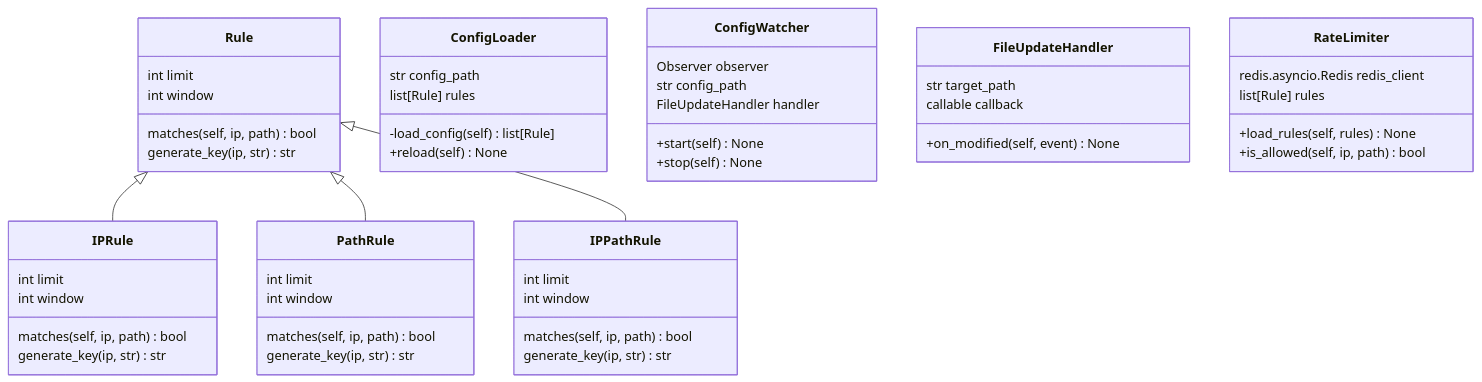
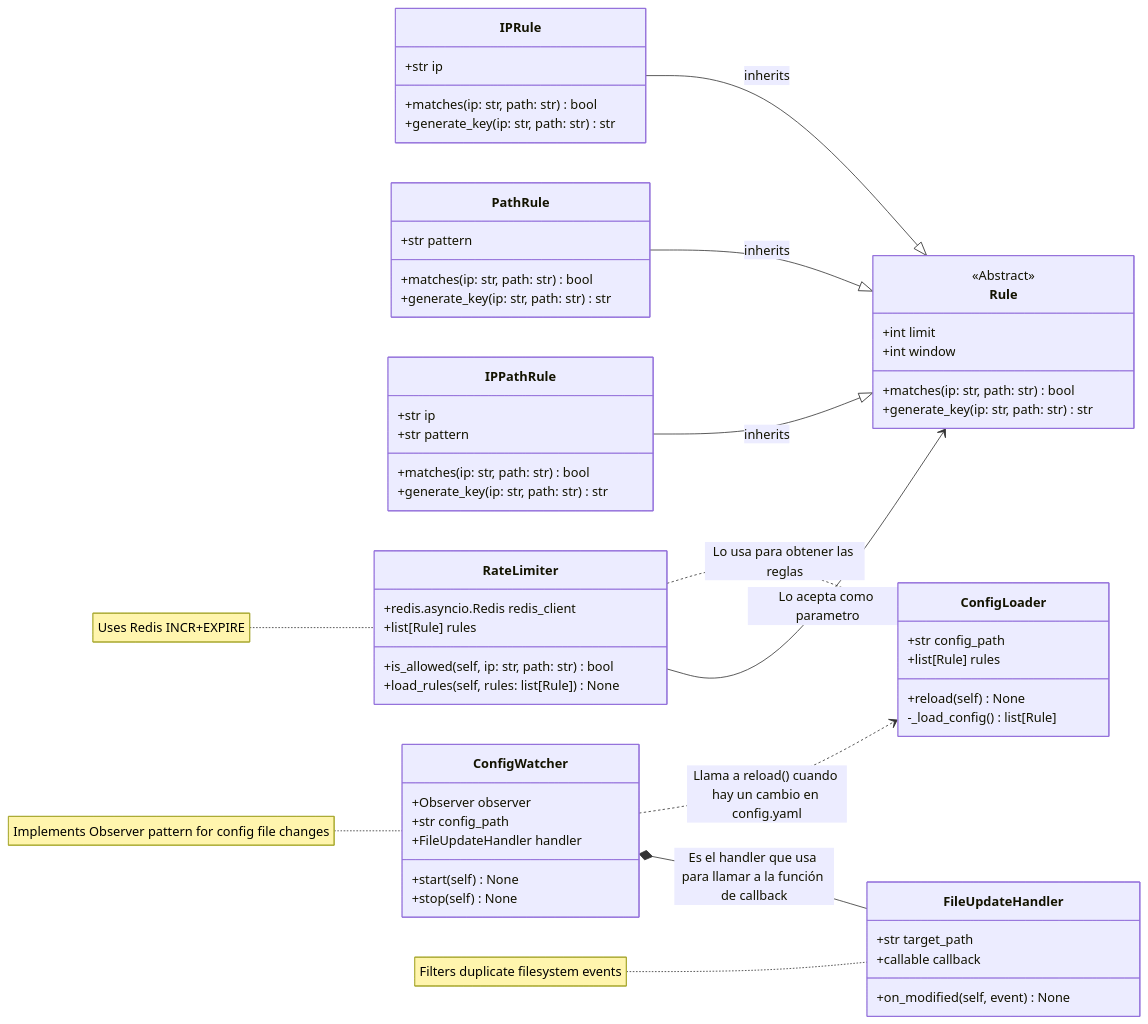
The first of 4 diagrams in README.md (KrappRamiro/meli-proxy), drawn with Mermaid before and after one commit. The commit also changed other lines of this file and 2 other files, not shown here.

Commit message:
improve diagrams

````diff
--- a/README.md
+++ b/README.md
@@ -110,64 +108,95 @@
 ```mermaid
 classDiagram
+    direction LR
 
-class Rule {
-  int limit
-  int window
-  matches(self, ip, path) bool
-  generate_key(ip, str) str
-}
+    class Rule {
+        <<Abstract>>
+        +int limit
+        +int window
+        +matches(ip: str, path: str) bool
+        +generate_key(ip: str, path: str) str
+    }
 
-Rule <|-- IPRule
-Rule <|-- PathRule
-Rule <|-- IPPathRule
+    class IPRule {
+        +str ip
+        +matches(ip: str, path: str) bool
+        +generate_key(ip: str, path: str) str
+    }
 
-class IPRule {
-  int limit
-  int window
-  matches(self, ip, path) bool
-  generate_key(ip, str) str
-}
+    class PathRule {
+        +str pattern
+        +matches(ip: str, path: str) bool
+        +generate_key(ip: str, path: str) str
+    }
 
-class PathRule {
-  int limit
-  int window
-  matches(self, ip, path) bool
-  generate_key(ip, str) str
-}
+    class IPPathRule {
+        +str ip
+        +str pattern
+        +matches(ip: str, path: str) bool
+        +generate_key(ip: str, path: str) str
+    }
 
-class IPPathRule {
-  int limit
-  int window
-  matches(self, ip, path) bool
-  generate_key(ip, str) str
-}
+    class ConfigLoader {
+        +str config_path
+        +list[Rule] rules
+        +reload(self) None
+        -_load_config() list[Rule]
+    }
 
-class ConfigLoader {
-  str config_path
-  list[Rule] rules
-  -load_config(self) list[Rule]
-  +reload(self) None
-}
+    class ConfigWatcher {
+        +Observer observer
+        +str config_path
+        +FileUpdateHandler handler
+        +start(self) None
+        +stop(self) None
+    }
 
-class ConfigWatcher {
-  Observer observer
-  str config_path
-  FileUpdateHandler handler
-  +start(self) None
-  +stop(self) None
-}
+    class FileUpdateHandler {
+        +str target_path
+        +callable callback
+        +on_modified(self, event) None
+    }
 
-class FileUpdateHandler {
-  str target_path
-  callable callback
-  +on_modified(self, event) None
-}
+    class RateLimiter {
+        +redis.asyncio.Redis redis_client
+        +list[Rule] rules
+        +is_allowed(self, ip: str, path: str) bool
+        +load_rules(self, rules: list[Rule]) None
+    }
 
-class RateLimiter {
-  redis.asyncio.Redis redis_client
-  list[Rule] rules
-  +load_rules(self, rules) None
-  +is_allowed(self, ip, path) bool
-}
+    %% B --|> A means "B inherits from A"
+    IPRule --|> Rule: inherits
+    PathRule --|> Rule: inherits
+    IPPathRule --|> Rule: inherits
 
+    %% *-- means Composition
+    %% Composition implies that the parent (ConfigWatcher) owns the child (FileUpdateHandler),
+    %% and the child can't exist without the parent
+    ConfigWatcher *-- FileUpdateHandler: Es el handler que usa para llamar a la función de callback
+
+    %% === Associations ===
+    %% --> means Association
+    %% based on https://stackoverflow.com/a/1230901/15965186
+    %% An association almost always implies that one object has the other object as a field/property/attribute (terminology differs).
+    %% Association: A has-a C object (as a member variable)
+
+    RateLimiter --> Rule: Lo acepta como parametro
+
+    %% --------------------
+
+
+    %% === Dependencies ===
+    %% ..> means Dependency
+    %% based on https://stackoverflow.com/a/1230901/15965186
+    %% A dependency typically (but not always) implies that an object accepts another object as a method parameter, instantiates, or uses another object. A dependency is very much implied by an association.
+    %% Dependency: A references B (as a method parameter or return type)
+
+    RateLimiter ..> ConfigLoader : Lo usa para obtener las reglas
+    ConfigWatcher ..> ConfigLoader: Llama a reload() cuando hay un cambio en config.yaml
+
+    %% --------------------
+
+    note for ConfigWatcher "Implements Observer pattern for config file changes"
+    note for RateLimiter "Uses Redis INCR+EXPIRE"
+    note for FileUpdateHandler "Filters duplicate filesystem events"
 ```
````
